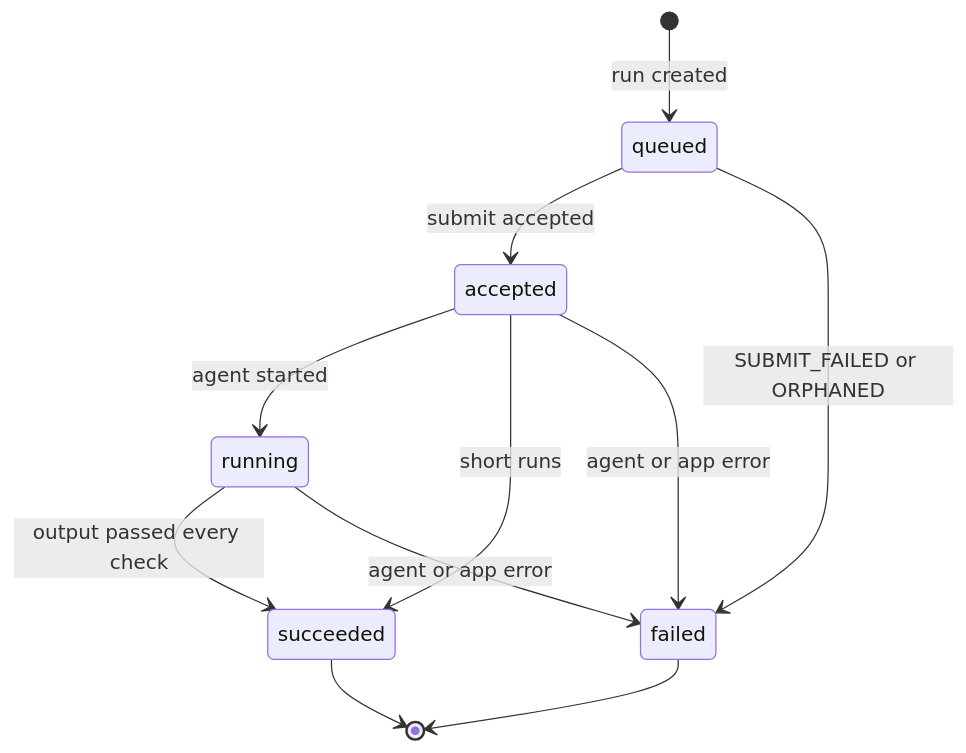
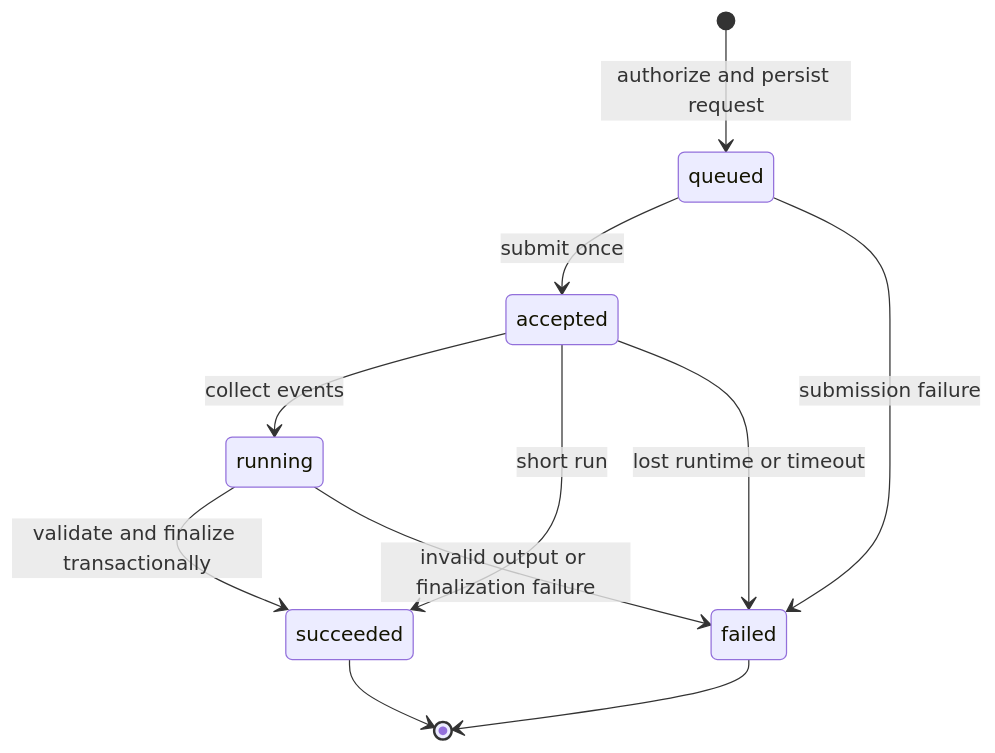
One commit to vb-dbrks/fde-quickstart changed the diagram in docs/content/architecture/run-lifecycle.md. Above: the diagram before and after it, drawn with Mermaid. The commit also changed other lines of this file and 83 other files, not shown here.

````diff
--- a/docs/content/architecture/run-lifecycle.md
+++ b/docs/content/architecture/run-lifecycle.md
@@ -12,13 +11,13 @@
 ```mermaid
 stateDiagram-v2
-    [*] --> queued: run created
-    queued --> accepted: submit accepted
-    queued --> failed: SUBMIT_FAILED or ORPHANED
-    accepted --> running: agent started
-    accepted --> succeeded: short runs
-    running --> succeeded: output passed every check
-    accepted --> failed: agent or app error
-    running --> failed: agent or app error
+    [*] --> queued: authorize and persist request
+    queued --> accepted: submit once
+    accepted --> running: collect events
+    running --> succeeded: validate and finalize transactionally
+    accepted --> succeeded: short run
+    queued --> failed: submission failure
+    accepted --> failed: lost runtime or timeout
+    running --> failed: invalid output or finalization failure
     succeeded --> [*]
     failed --> [*]
 ```
````
